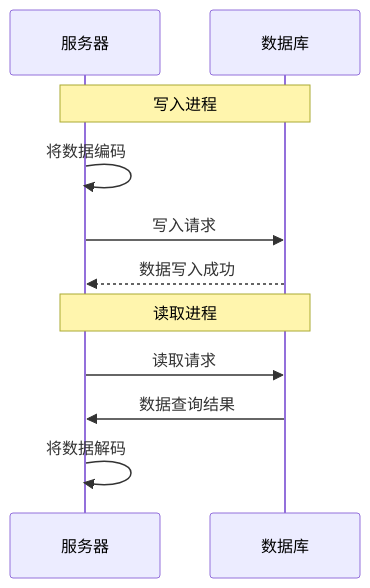
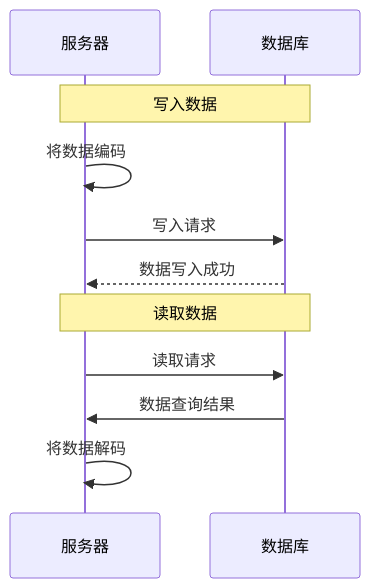
The third of 5 diagrams in docs/应用开发/API.md (Juemuren/DevNotes), drawn with Mermaid before and after one commit. The commit also changed other lines of this file and 17 other files, not shown here.

````diff
--- a/docs/应用开发/API.md
+++ b/docs/应用开发/API.md
@@ -109,15 +109,15 @@
 ```mermaid
 sequenceDiagram
 
   participant S as 服务器
   participant D as 数据库
 
-  Note over S, D: 写入进程
+  Note over S, D: 写入数据
   S ->> S: 将数据编码
   S ->> D: 写入请求
   D -->> S: 数据写入成功
-  Note over S, D: 读取进程
+  Note over S, D: 读取数据
   S ->> D: 读取请求
   D ->> S: 数据查询结果
   S ->> S: 将数据解码
 ```
````
